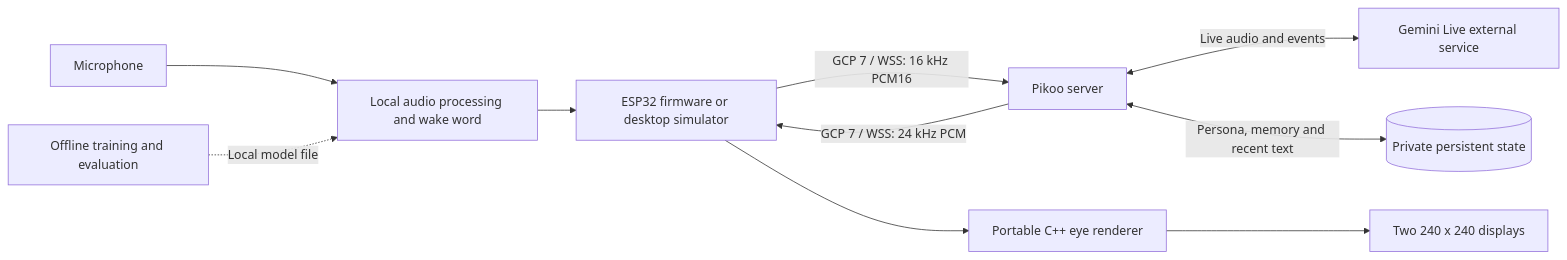
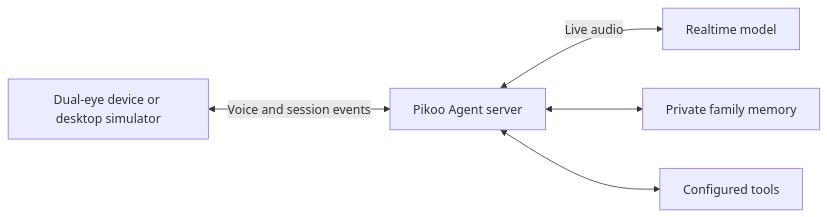
One commit to skiyo/pikoo changed the diagram in README.md. Above: the diagram before and after it, drawn with Mermaid. The commit also changed other lines of this file and 19 other files, not shown here.

Commit message:
docs: organize Pikoo around the family realtime voice Agent

````diff
--- a/README.md
+++ b/README.md
@@ -39,12 +31,7 @@
 ```mermaid
 flowchart LR
-    Mic[Microphone] --> Local[Local audio processing and wake word]
-    Local --> Device[ESP32 firmware or desktop simulator]
-    Device -->|GCP 7 / WSS: 16 kHz PCM16| Server[Pikoo server]
-    Server -->|GCP 7 / WSS: 24 kHz PCM| Device
-    Server <-->|Live audio and events| Gemini[Gemini Live external service]
-    Server <-->|Persona, memory and recent text| Store[(Private persistent state)]
-    Device --> Eyes[Portable C++ eye renderer]
-    Eyes --> Screens[Two 240 x 240 displays]
-    Train[Offline training and evaluation] -.->|Local model file| Local
+    Device[Dual-eye device or desktop simulator] <-->|Voice and session events| Agent[Pikoo Agent server]
+    Agent <-->|Live audio| Model[Realtime model]
+    Agent <--> Memory[Private family memory]
+    Agent <--> Tools[Configured tools]
 ```
````
